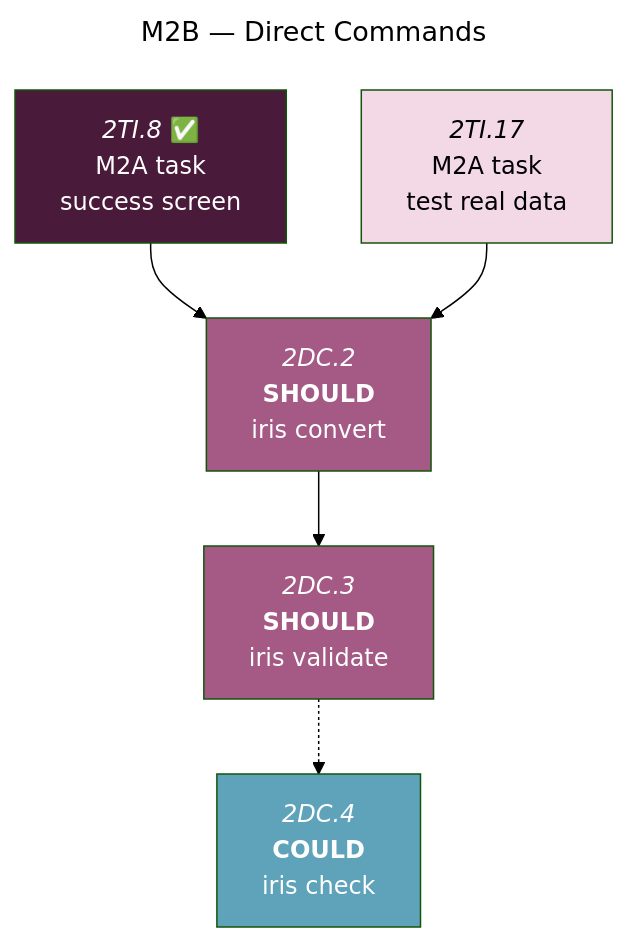
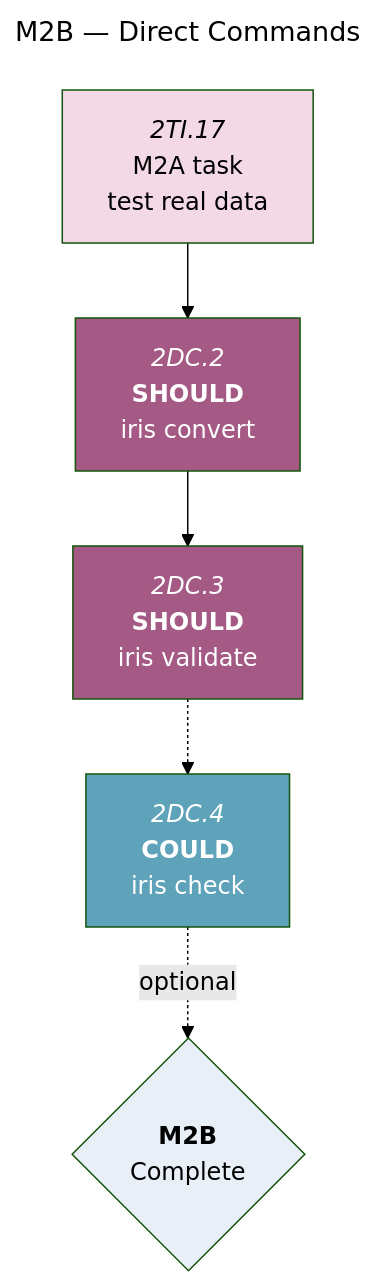
Before and after one commit to foundersandcoders/iris: the third of 5 diagrams in docs/roadmaps/phase-1-mvp-features.md, drawn with Mermaid (forest theme). The commit also changed other lines of this file, not shown here.

````diff
--- a/docs/roadmaps/phase-1-mvp-features.md
+++ b/docs/roadmaps/phase-1-mvp-features.md
@@ -215,26 +214,23 @@
 ```mermaid
 ---
 title: M2B — Direct Commands
 ---
 graph TD
 
-2TI.8["`*2TI.8* ✅<br/>M2A task<br/>success screen`"]:::should-done
 2TI.17["`*2TI.17*<br/>M2A task<br/>test real data`"]:::must-blocked
 
-2TI.8 & 2TI.17 --> 2DC.2
+2TI.17 --> 2DC.2
 
 2DC.2["`*2DC.2*<br/>**SHOULD**<br/>iris convert`"]:::should-blocked --> 2DC.3
 2DC.3["`*2DC.3*<br/>**SHOULD**<br/>iris validate`"]:::should-blocked -.-> 2DC.4
 
 2DC.4["`*2DC.4*<br/>**COULD**<br/>iris check`"]:::could-blocked
 
-classDef must-done fill:#8B5A7D,color:#fff;
-classDef must-open fill:#D6A3BF,color:#000;
+2DC.4 -.->|optional| phase1
+phase1{"`**M2B**<br/>Complete`"}:::mile
+
 classDef must-blocked fill:#F3D8E6,color:#000;
-classDef should-done fill:#4A1A3A,color:#fff;
-classDef should-open fill:#6F2A52,color:#fff;
 classDef should-blocked fill:#A45A84,color:#fff;
-classDef could-open fill:#3E7F96,color:#fff;
 classDef could-blocked fill:#5FA3BA,color:#fff;
 classDef mile fill:#E8EFF6,color:#000;
 ```
````
